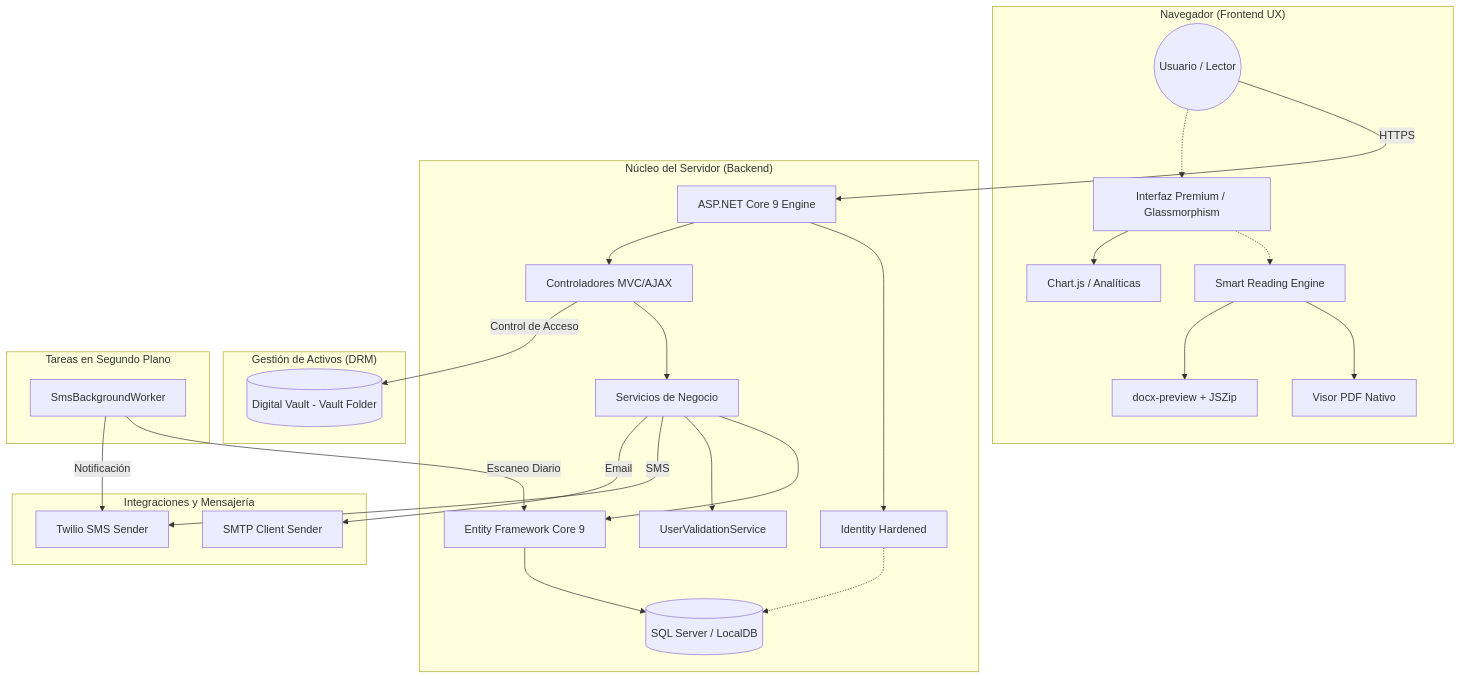
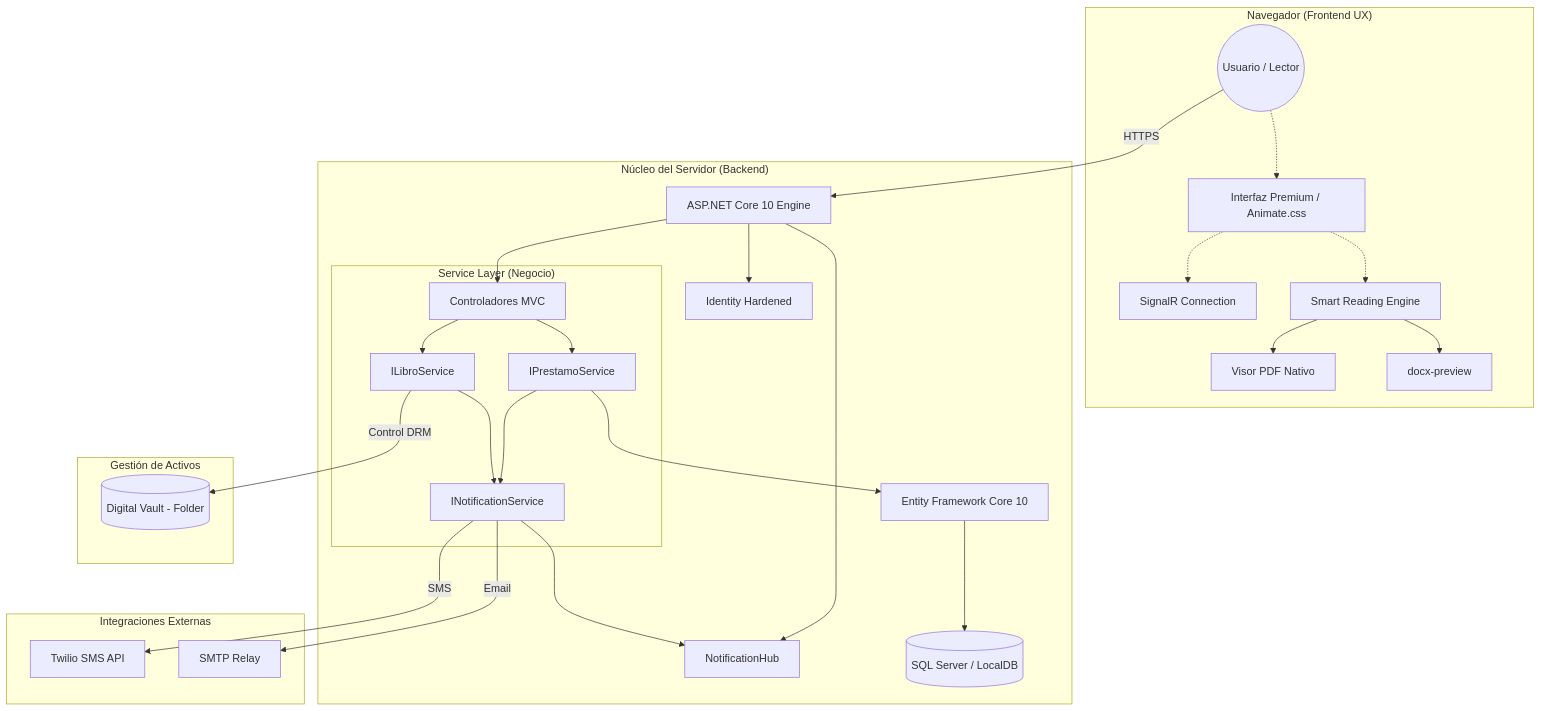
The diagram in README.md (dagomezpulid/BibliotecaMVC), drawn with Mermaid before and after one commit. The commit also changed other lines of this file and 11 other files, not shown here.

````diff
--- a/README.md
+++ b/README.md
@@ -44,37 +41,38 @@
 ```mermaid
 graph TD
-    User((Usuario / Lector)) -->|HTTPS| WebServer[ASP.NET Core 9 Engine]
+    User((Usuario / Lector)) -->|HTTPS| WebServer[ASP.NET Core 10 Engine]
     
     subgraph "Navegador (Frontend UX)"
-        User -.-> UX[Interfaz Premium / Glassmorphism]
+        User -.-> UX[Interfaz Premium / Animate.css]
+        UX -.-> SignalRClient[SignalR Connection]
         UX -.-> Reader[Smart Reading Engine]
         Reader --> PDF[Visor PDF Nativo]
-        Reader --> Word[docx-preview + JSZip]
-        UX --> Charts[Chart.js / Analíticas]
+        Reader --> Word[docx-preview]
     end
 
     subgraph "Núcleo del Servidor (Backend)"
         WebServer --> Auth[Identity Hardened]
-        WebServer --> Controllers[Controladores MVC/AJAX]
-        Controllers --> Logic[Servicios de Negocio]
-        Logic --> EF[Entity Framework Core 9]
+        WebServer --> SignalRHub[NotificationHub]
+        WebServer --> Controllers[Controladores MVC]
+        
+        subgraph "Service Layer (Negocio)"
+            Controllers --> IPS[IPrestamoService]
+            Controllers --> ILS[ILibroService]
+            IPS --> INS[INotificationService]
+            ILS --> INS
+        end
+        
+        INS --> SignalRHub
+        IPS --> EF[Entity Framework Core 10]
         EF --> DB[(SQL Server / LocalDB)]
-        Logic --> UV[UserValidationService]
     end
 
-    subgraph "Integraciones y Mensajería"
-        Logic -->|SMS| Twilio[Twilio SMS Sender]
-        Logic -->|Email| SMTP[SMTP Client Sender]
+    subgraph "Integraciones Externas"
+        INS -->|SMS| Twilio[Twilio SMS API]
+        INS -->|Email| SMTP[SMTP Relay]
     end
 
-    subgraph "Gestión de Activos (DRM)"
-        Controllers -->|Control de Acceso| Vault[(Digital Vault - Vault Folder)]
+    subgraph "Gestión de Activos"
+        ILS -->|Control DRM| Vault[(Digital Vault - Folder)]
     end
-
-    subgraph "Tareas en Segundo Plano"
-        Worker[SmsBackgroundWorker] -->|Escaneo Diario| EF
-        Worker -->|Notificación| Twilio
-    end
-
-    Auth -.-> DB
 ```
````
